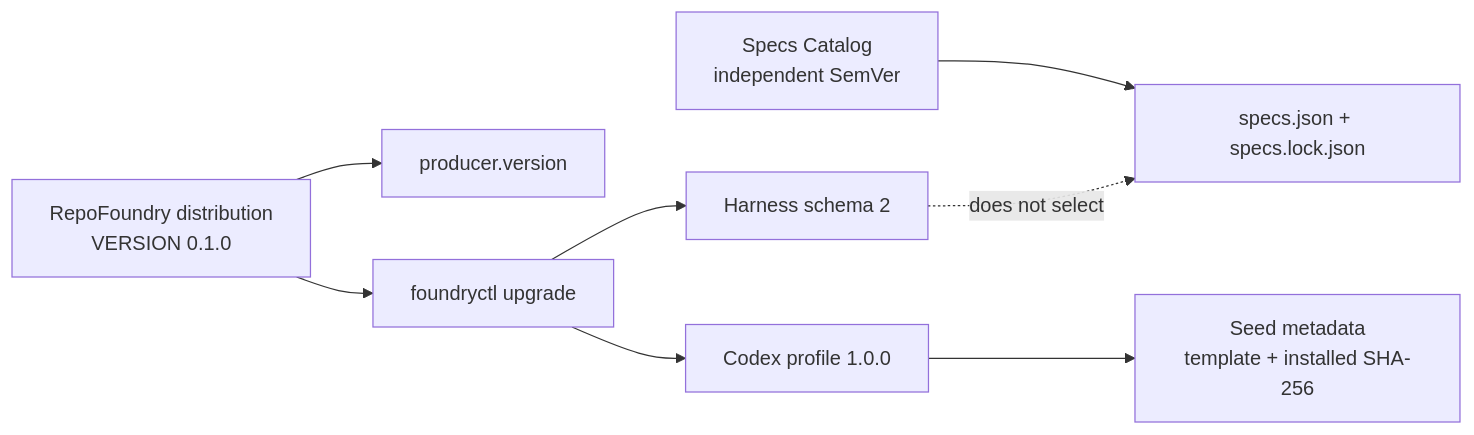
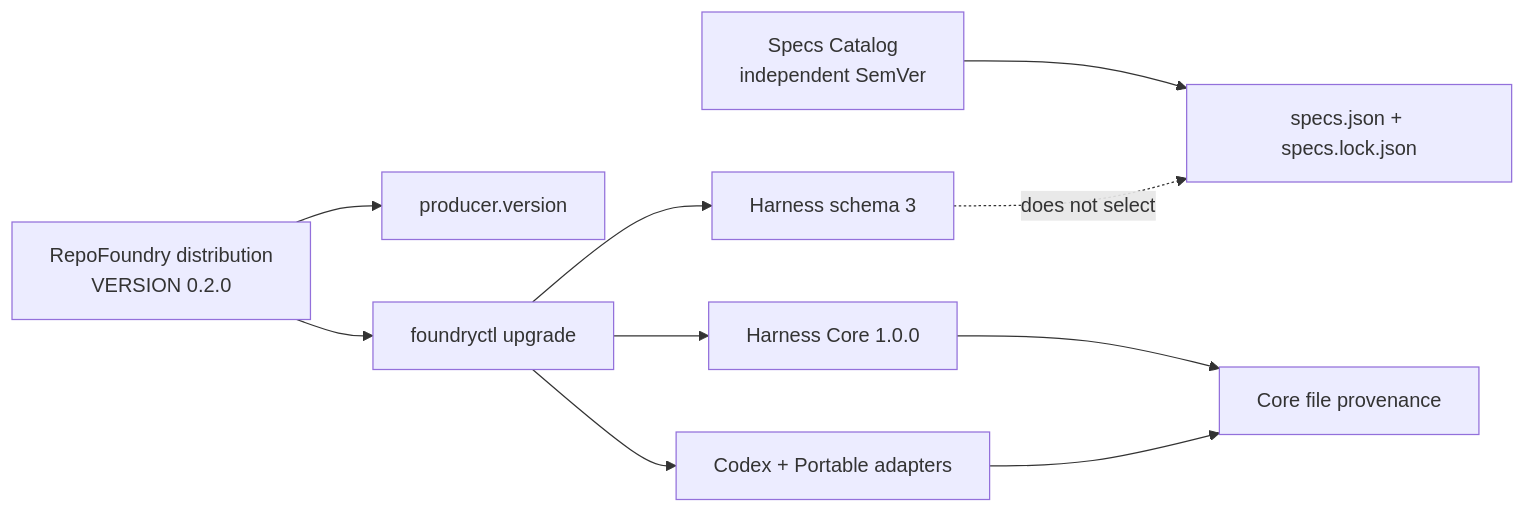
The first of 2 diagrams in docs/design-docs/repo-foundry-versioning-and-migrations.md (XiaoWeiKIN/RepoFoundryAI), drawn with Mermaid before and after one commit. The commit also changed other lines of this file and 38 other files, not shown here.

Commit message:
feat: add agent-neutral harness adapters

````diff
--- a/docs/design-docs/repo-foundry-versioning-and-migrations.md
+++ b/docs/design-docs/repo-foundry-versioning-and-migrations.md
@@ -32,10 +38,12 @@
 ```mermaid
 flowchart LR
-    D["RepoFoundry distribution<br/>VERSION 0.1.0"] --> P["producer.version"]
+    D["RepoFoundry distribution<br/>VERSION 0.2.0"] --> P["producer.version"]
     D --> U["foundryctl upgrade"]
-    U --> H["Harness schema 2"]
-    U --> C["Codex profile 1.0.0"]
-    C --> F["Seed metadata<br/>template + installed SHA-256"]
+    U --> H["Harness schema 3"]
+    U --> C["Harness Core 1.0.0"]
+    U --> A["Codex + Portable adapters"]
+    C --> F["Core file provenance"]
+    A --> F
     S["Specs Catalog<br/>independent SemVer"] --> L["specs.json + specs.lock.json"]
     H -.->|"does not select"| L
 ```
````
